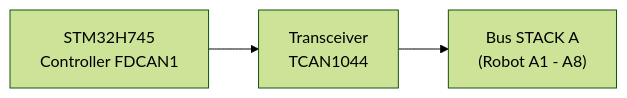
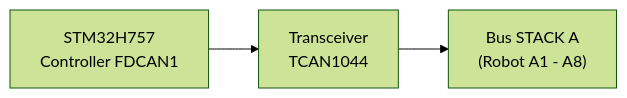
Before and after one commit to JuanenRac/HYDRA-UMC: the first of 2 diagrams in docs/HARDWARE_SPECIFICATION_ita.md, drawn with Mermaid (forest theme). The commit also changed other lines of this file and 41 other files, not shown here.

````diff
--- a/docs/HARDWARE_SPECIFICATION_ita.md
+++ b/docs/HARDWARE_SPECIFICATION_ita.md
@@ -72,4 +72,4 @@
 ```mermaid
 flowchart LR
-    FDCAN1["STM32H745<br/>Controller FDCAN1"] --> XCVR["Transceiver<br/>TCAN1044"] --> BUS["Bus STACK A<br/>(Robot A1 - A8)"]
+    FDCAN1["STM32H757<br/>Controller FDCAN1"] --> XCVR["Transceiver<br/>TCAN1044"] --> BUS["Bus STACK A<br/>(Robot A1 - A8)"]
 ```
````
